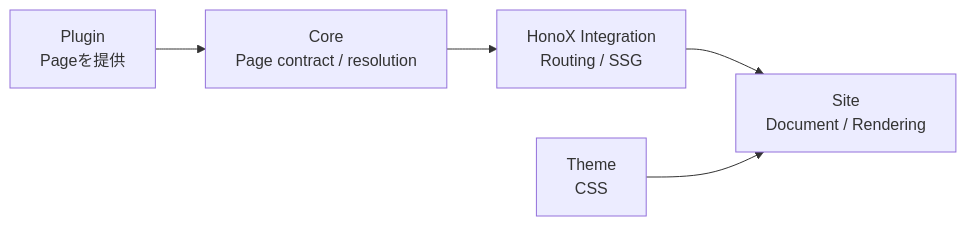
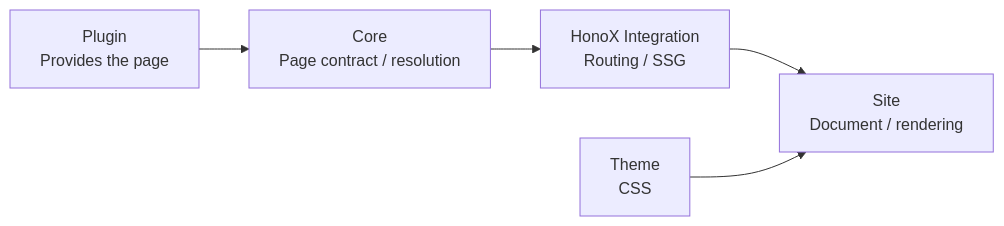
The third of 14 diagrams in docs/docs/framework/page-system.md (Rerurate514/riebeckite), drawn with Mermaid before and after one commit. The commit also changed other lines of this file and 604 other files, not shown here.

````diff
--- a/docs/docs/framework/page-system.md
+++ b/docs/docs/framework/page-system.md
@@ -85,13 +76,13 @@
-```mermaid id="7jv9lo"
+```mermaid
 flowchart LR
-    Plugin["Plugin<br/>Pageを提供"]
+    Plugin["Plugin<br/>Provides the page"]
     Core["Core<br/>Page contract / resolution"]
     Integration["HonoX Integration<br/>Routing / SSG"]
-    Site["Site<br/>Document / Rendering"]
+    Site["Site<br/>Document / rendering"]
     Theme["Theme<br/>CSS"]
 
     Plugin --> Core
     Core --> Integration
     Integration --> Site
     Theme --> Site
 ```
````
